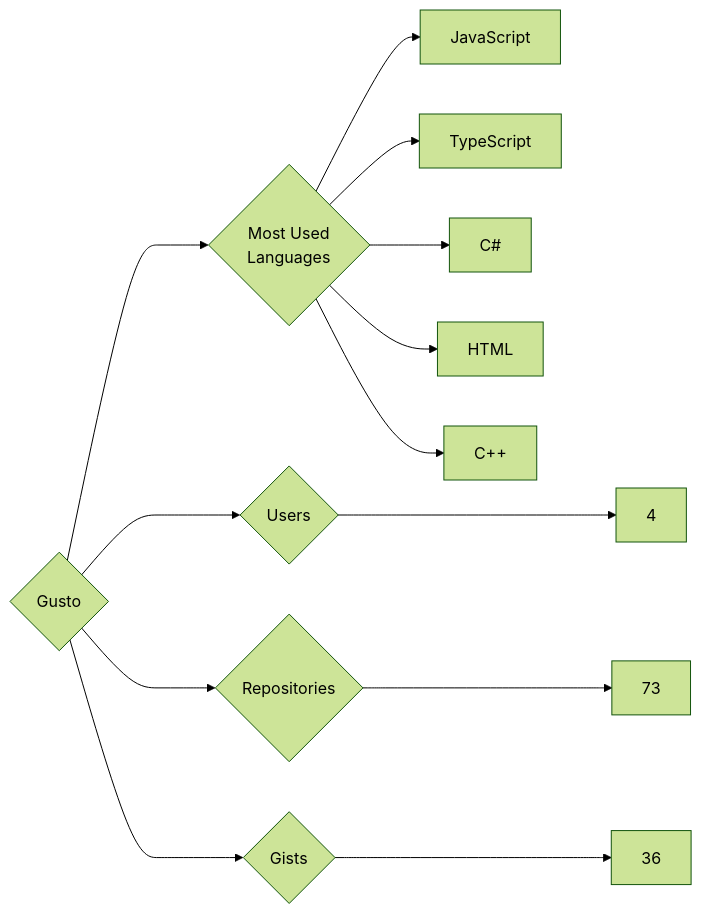
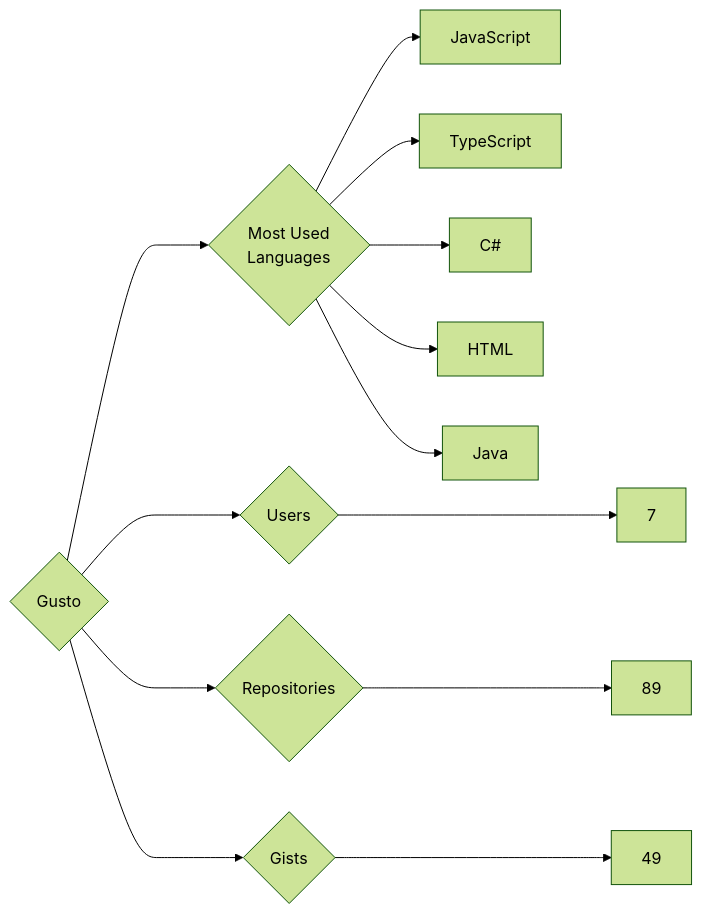
Before and after one commit to trickest/insiders: the diagram in targets/Gusto/README.md, drawn with Mermaid (forest theme). The commit also changed 610 other files, not shown here.

````diff
--- a/targets/Gusto/README.md
+++ b/targets/Gusto/README.md
@@ -3,13 +3,13 @@
 ```mermaid
 graph LR
 COMPANY_NAME{Gusto}
-COMPANY_NAME ---> U{Users} ---> UN[4]
-COMPANY_NAME ---> R{Repositories} ---> RN[73]
-COMPANY_NAME ---> G{Gists} ---> GN[36]
+COMPANY_NAME ---> U{Users} ---> UN[7]
+COMPANY_NAME ---> R{Repositories} ---> RN[89]
+COMPANY_NAME ---> G{Gists} ---> GN[49]
 COMPANY_NAME ---> ML{Most Used<br>Languages}
 ML --> JavaScript[JavaScript]
 ML --> TypeScript[TypeScript]
 ML --> C#[C#]
 ML --> HTML[HTML]
-ML --> C++[C++]
+ML --> Java[Java]
 ```
````
